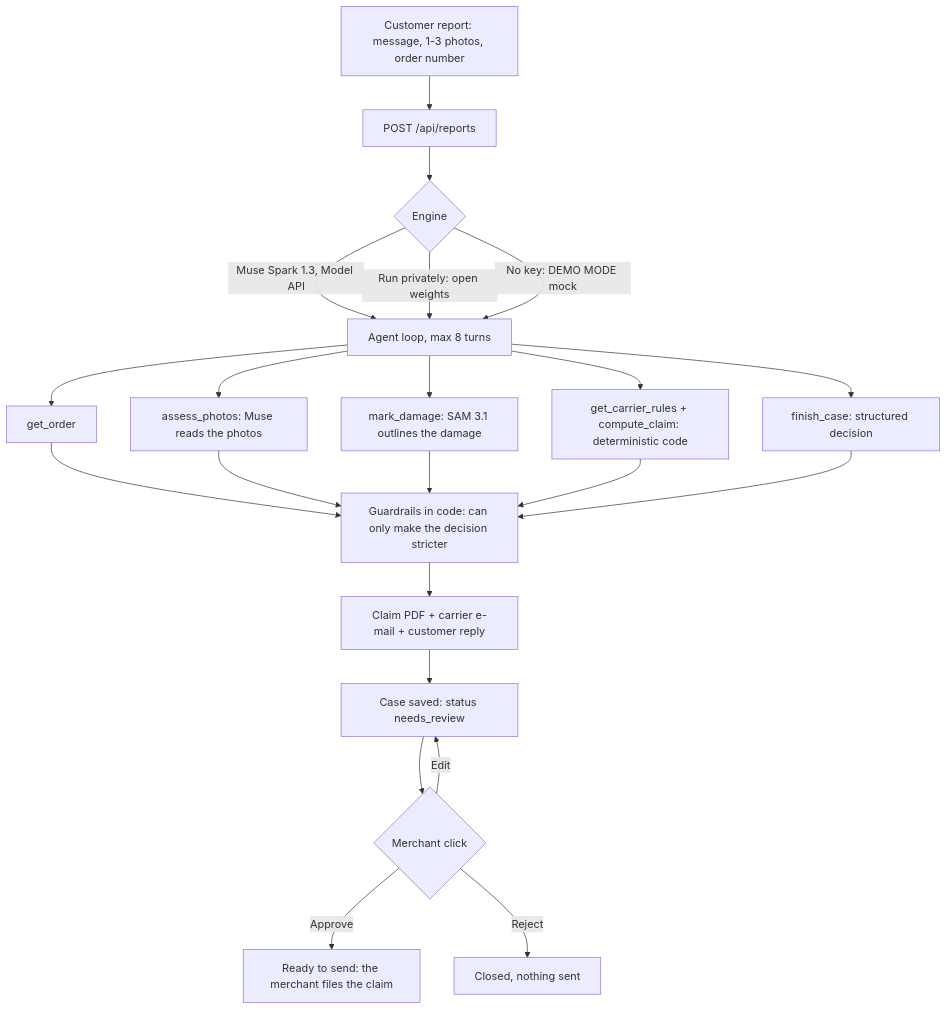
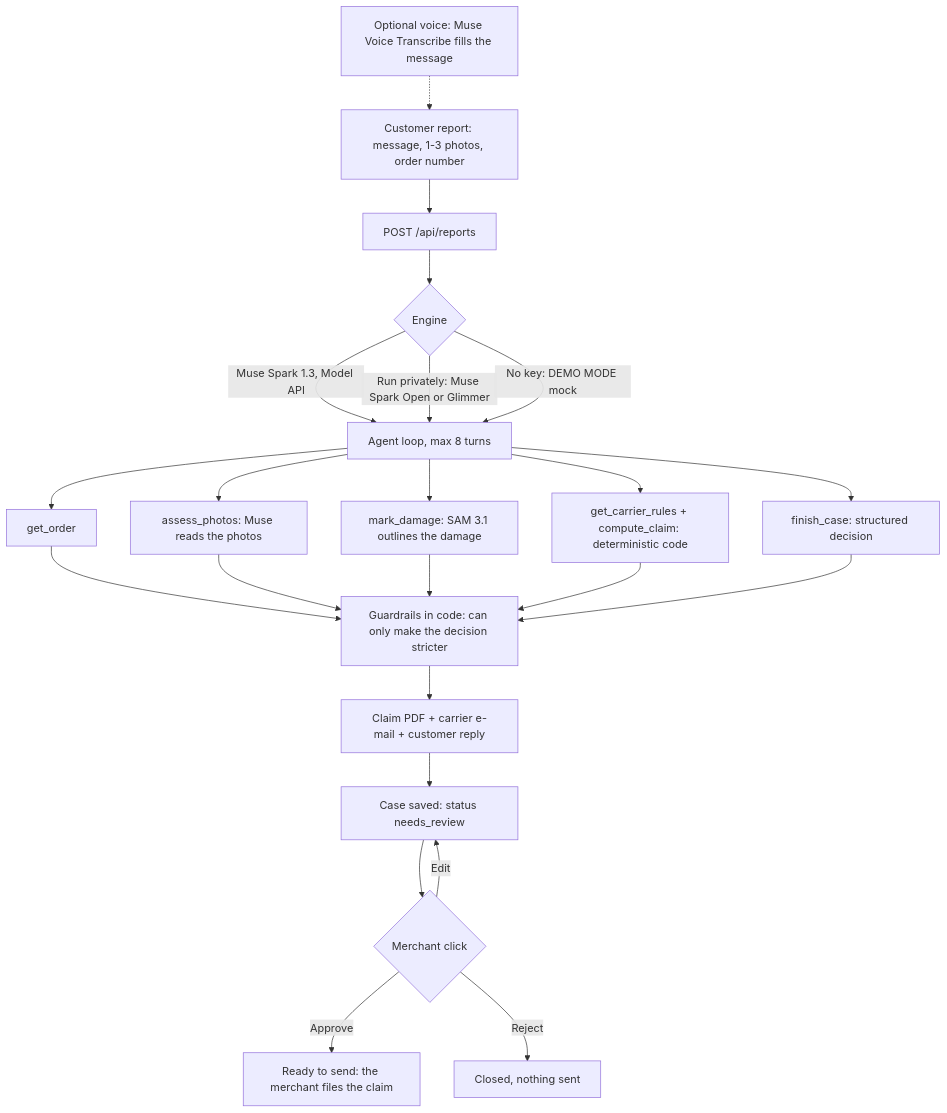
One commit to pablopriefert/gilmend changed the diagram in README.md. Above: the diagram before and after it, drawn with Mermaid. The commit also changed other lines of this file and 1 other file, not shown here.

First line of the commit message:
docs: bring the README and the demo script up to date (voice, open weights, showcase, deploy)

````diff
--- a/README.md
+++ b/README.md
@@ -62,20 +91,21 @@
 ```mermaid
 flowchart TD
+    V["Optional voice: Muse Voice Transcribe fills the message"] -.-> A
     A["Customer report: message, 1-3 photos, order number"] --> B["POST /api/reports"]
     B --> C{"Engine"}
     C -->|"Muse Spark 1.3, Model API"| D["Agent loop, max 8 turns"]
-    C -->|"Run privately: open weights"| D
+    C -->|"Run privately: Muse Spark Open or Glimmer"| D
     C -->|"No key: DEMO MODE mock"| D
     D --> T1["get_order"]
     D --> T2["assess_photos: Muse reads the photos"]
     D --> T3["mark_damage: SAM 3.1 outlines the damage"]
     D --> T4["get_carrier_rules + compute_claim: deterministic code"]
     D --> T5["finish_case: structured decision"]
     T1 & T2 & T3 & T4 & T5 --> G["Guardrails in code: can only make the decision stricter"]
     G --> H["Claim PDF + carrier e-mail + customer reply"]
     H --> I["Case saved: status needs_review"]
     I --> J{"Merchant click"}
     J -->|"Approve"| K["Ready to send: the merchant files the claim"]
     J -->|"Edit"| I
     J -->|"Reject"| L["Closed, nothing sent"]
 ```
````
